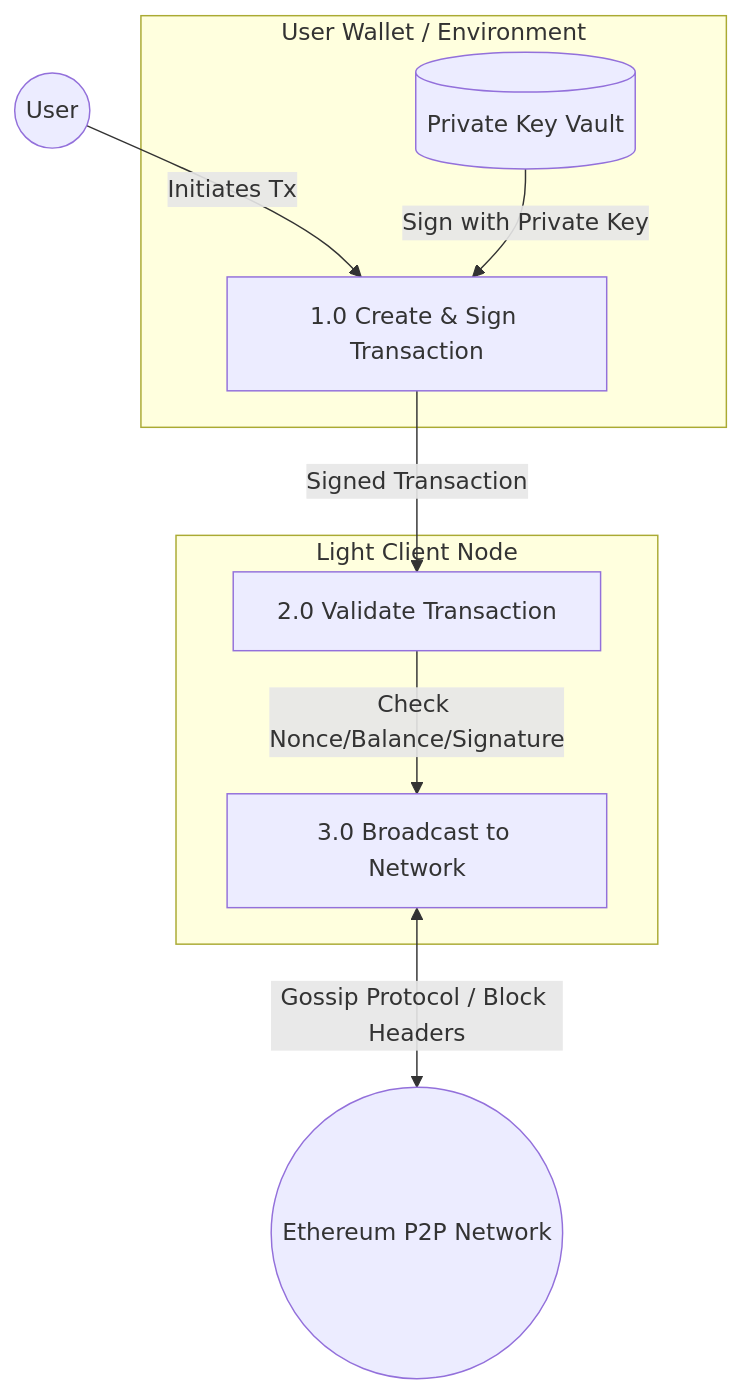
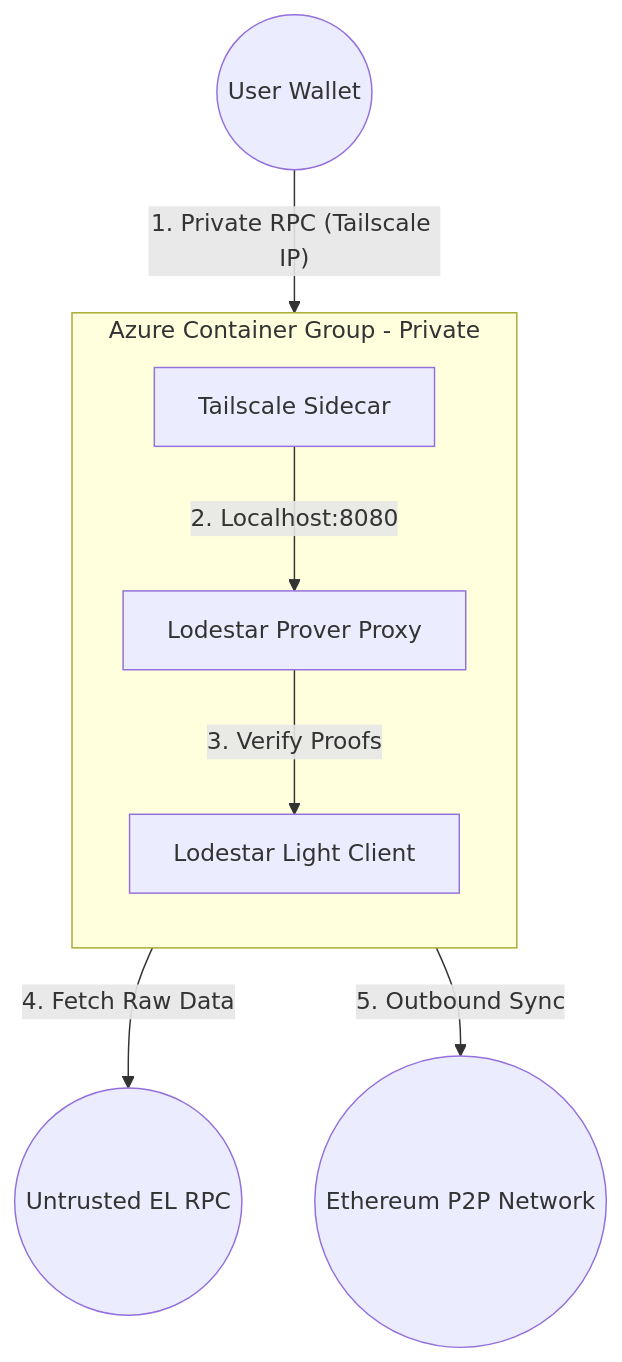
The second of 4 diagrams in HighLevelDesign.md (vfr750y/Cost-Optimized-Ethereum-Node-On-Azure), drawn with Mermaid before and after one commit. The commit also changed other lines of this file, not shown here.

Commit message:
edit HLD

````diff
--- a/HighLevelDesign.md
+++ b/HighLevelDesign.md
@@ -30,23 +29,21 @@
 ```mermaid
 graph TD
-    User((User))
+    User((User Wallet))
     
-    subgraph LocalWallet [User Wallet / Environment]
-        Vault[(Private Key Vault)]
-        Signer[1.0 Create & Sign Transaction]
-    end
-    
-    subgraph LC [Light Client Node]
-        P2[2.0 Validate Transaction]
-        P3[3.0 Broadcast to Network]
+    subgraph ACI_Group [Azure Container Group - Private]
+        direction TB
+        Tailscale[Tailscale Sidecar]
+        Prover[Lodestar Prover Proxy]
+        LC[Lodestar Light Client]
     end
 
     Network((Ethereum P2P Network))
+    Infura((Untrusted EL RPC))
 
     %% Data Flows
-    User -->|Initiates Tx| Signer
-    Vault -->|Sign with Private Key| Signer
-    Signer -->|Signed Transaction| P2
-    P2 -->|Check Nonce/Balance/Signature| P3
-    P3 <-->|Gossip Protocol / Block Headers| Network
+    User -- "1. Private RPC (Tailscale IP)" --> Tailscale
+    Tailscale -- "2. Localhost:8080" --> Prover
+    Prover -- "3. Verify Proofs" --> LC
+    Prover -- "4. Fetch Raw Data" --> Infura
+    LC -- "5. Outbound Sync" --> Network
 ```
````
